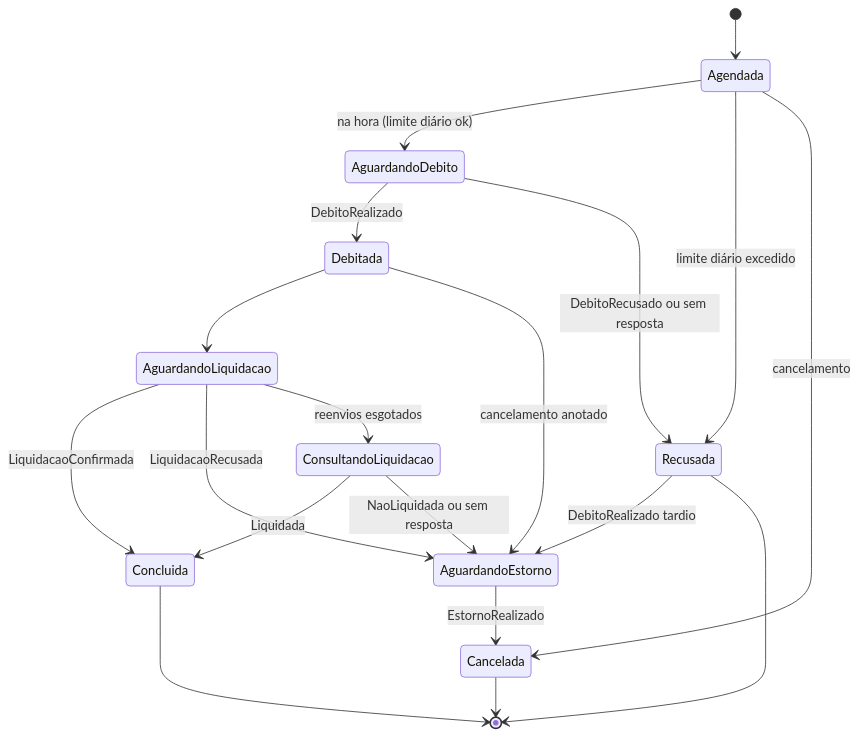
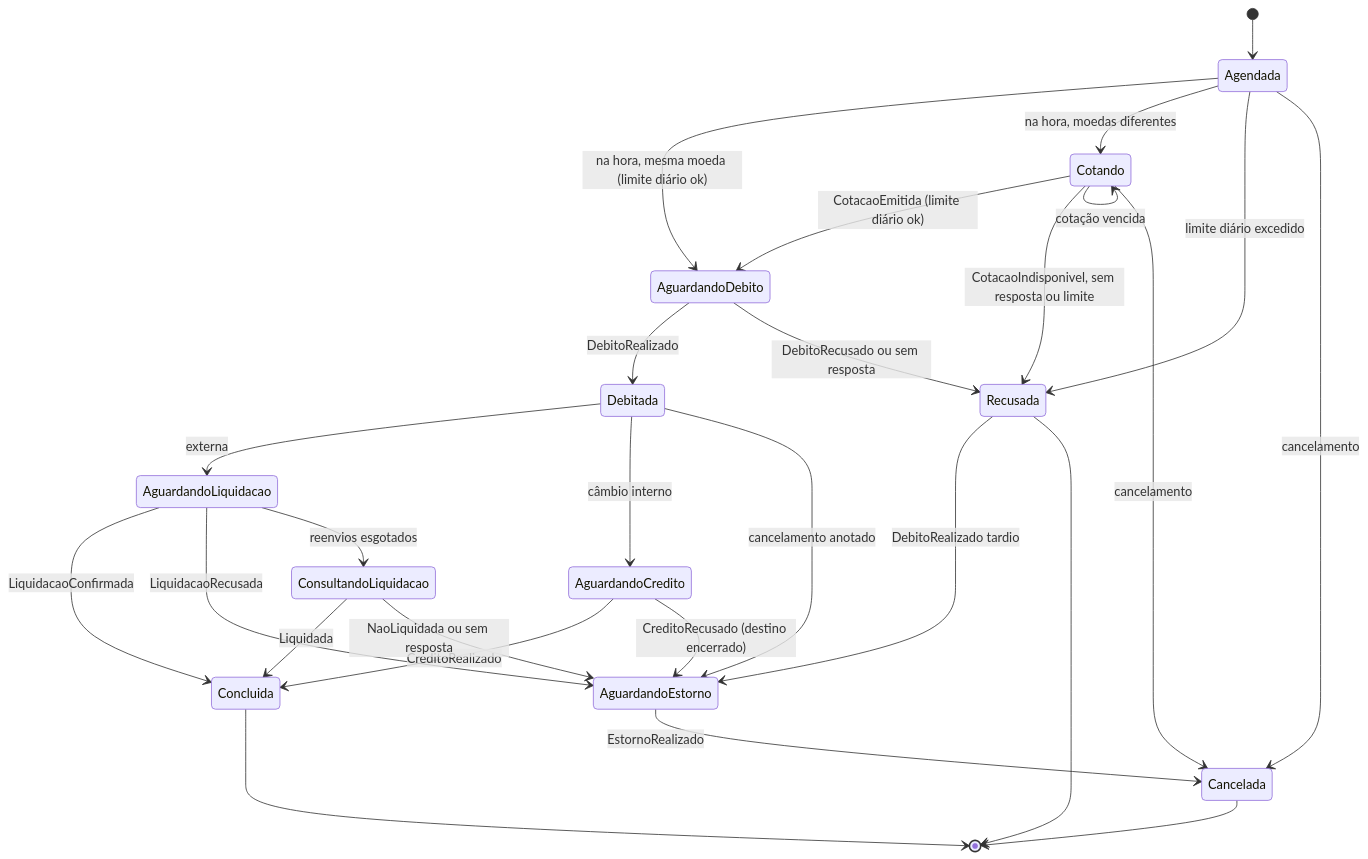
One commit to net0well/EuroBank changed the first of 3 diagrams in README.md. Above: the diagram before and after it, drawn with Mermaid. The commit also changed other lines of this file, not shown here.

Commit message:
docs: readme com contas em várias moedas e as sagas de câmbio

````diff
--- a/README.md
+++ b/README.md
@@ -108,21 +111,29 @@
 ```mermaid
 stateDiagram-v2
     [*] --> Agendada
-    Agendada --> AguardandoDebito: na hora (limite diário ok)
+    Agendada --> AguardandoDebito: na hora, mesma moeda (limite diário ok)
+    Agendada --> Cotando: na hora, moedas diferentes
     Agendada --> Recusada: limite diário excedido
     Agendada --> Cancelada: cancelamento
+    Cotando --> AguardandoDebito: CotacaoEmitida (limite diário ok)
+    Cotando --> Cotando: cotação vencida
+    Cotando --> Recusada: CotacaoIndisponivel, sem resposta ou limite
+    Cotando --> Cancelada: cancelamento
     AguardandoDebito --> Debitada: DebitoRealizado
     AguardandoDebito --> Recusada: DebitoRecusado ou sem resposta
-    Debitada --> AguardandoLiquidacao
+    Debitada --> AguardandoLiquidacao: externa
+    Debitada --> AguardandoCredito: câmbio interno
     Debitada --> AguardandoEstorno: cancelamento anotado
+    AguardandoCredito --> Concluida: CreditoRealizado
+    AguardandoCredito --> AguardandoEstorno: CreditoRecusado (destino encerrado)
     AguardandoLiquidacao --> Concluida: LiquidacaoConfirmada
     AguardandoLiquidacao --> AguardandoEstorno: LiquidacaoRecusada
     AguardandoLiquidacao --> ConsultandoLiquidacao: reenvios esgotados
     ConsultandoLiquidacao --> Concluida: Liquidada
     ConsultandoLiquidacao --> AguardandoEstorno: NaoLiquidada ou sem resposta
     AguardandoEstorno --> Cancelada: EstornoRealizado
     Recusada --> AguardandoEstorno: DebitoRealizado tardio
     Concluida --> [*]
     Cancelada --> [*]
     Recusada --> [*]
 ```
````
